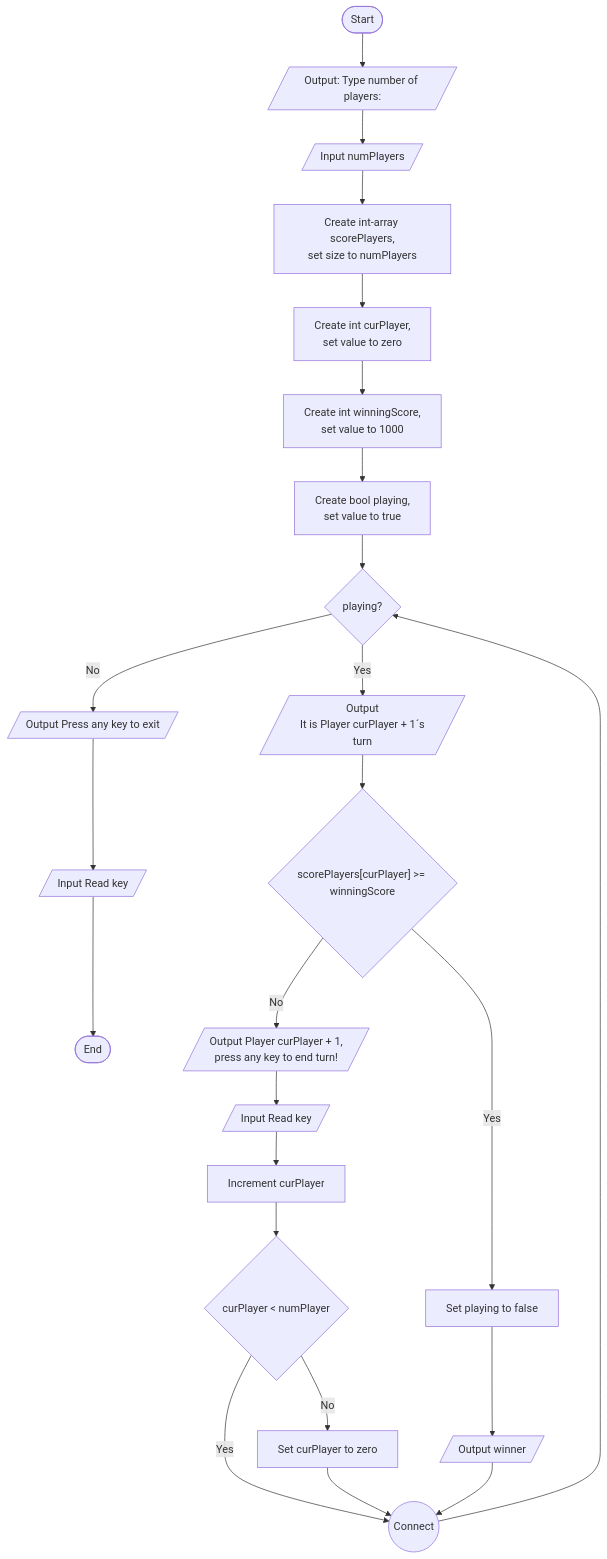
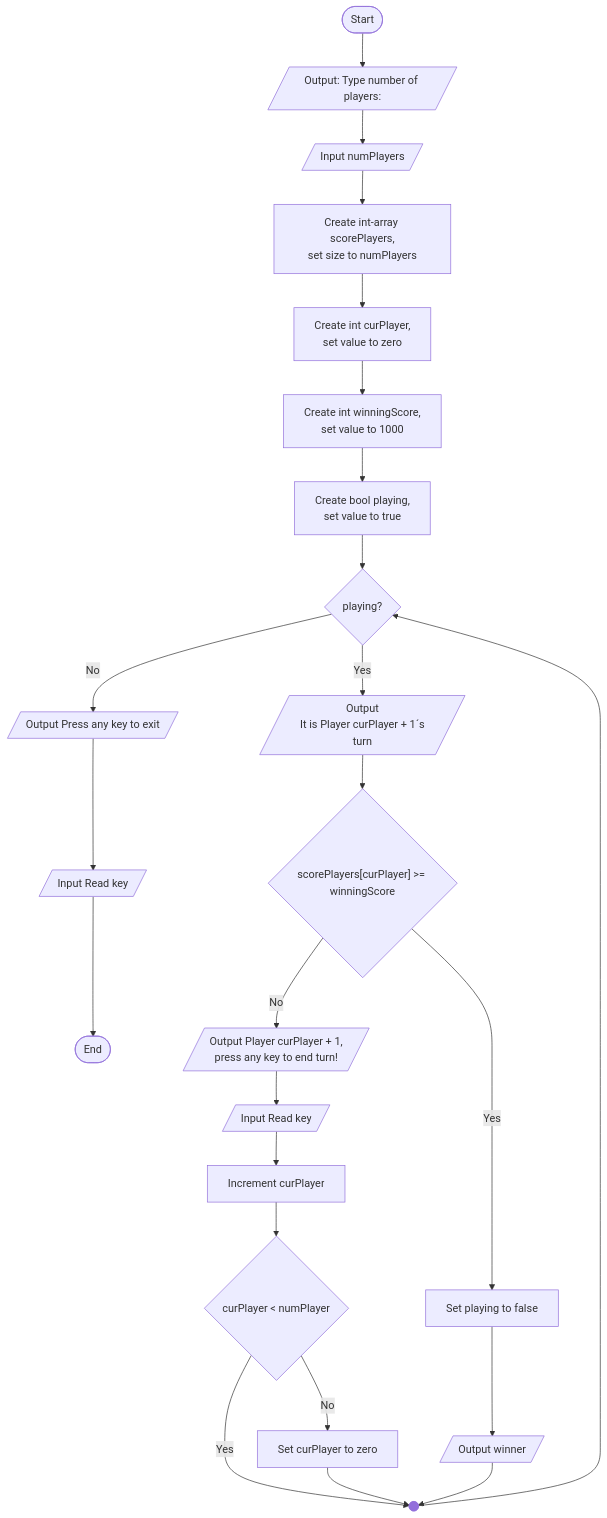
One commit to LbsLund/Assignments changed the diagram in docs/DiceGame/Gide1-Players.md. Above: the diagram before and after it, drawn with Mermaid.

````diff
--- a/docs/DiceGame/Gide1-Players.md
+++ b/docs/DiceGame/Gide1-Players.md
@@ -14,27 +14,29 @@
 ```mermaid
 graph TD
 
 Start([Start])-->OutNumPlayer[/Output: Type number of players:/]
 OutNumPlayer-->InNumPlayers[/Input numPlayers/]
 InNumPlayers-->CreatePlayers[Create int-array scorePlayers,<br/>set size to numPlayers]
 CreatePlayers-->CreateCurrentPlayer[Create int curPlayer,<br/>set value to zero]
 CreateCurrentPlayer-->CreateWinniongScore[Create int winningScore,<br/>set value to 1000]
 CreateWinniongScore-->CreatePlaying[Create bool playing,<br/>set value to true]
 CreatePlaying-->GameLoop{playing?}
 GameLoop-- No -->GameOver[/Output Press any key to exit/]
 GameOver-->EndGame[/Input Read key/]
 EndGame-->End([End])
 GameLoop-- Yes -->OutputPlayer[/Output<br/> It is Player curPlayer + 1´s turn/]
 OutputPlayer-->DecideWinner{"scorePlayers[curPlayer] >= winningScore"}
 DecideWinner-- No -->TurnOver[/"Output Player curPlayer + 1,<br/> press any key to end turn!"/]
 TurnOver-->InKey2[/Input Read key/]
 InKey2-->IncrementPlayer[Increment curPlayer]
 IncrementPlayer-->ChangePlayer{curPlayer < numPlayer}
-ChangePlayer-- Yes -->GameLoopConector((Connect))
+ChangePlayer-- Yes -->GameLoopConector(( ))
 ChangePlayer-- No -->ResetPlayer[Set curPlayer to zero]
 DecideWinner-- Yes -->PlayingFalse[Set playing to false]
 PlayingFalse-->Winner[/Output winner/]
 ResetPlayer-->GameLoopConector
 GameLoopConector-->GameLoop
 Winner-->GameLoopConector
+
+GameLoopConector@{ shape: f-circ, label: "Junction" }
 ```
````
